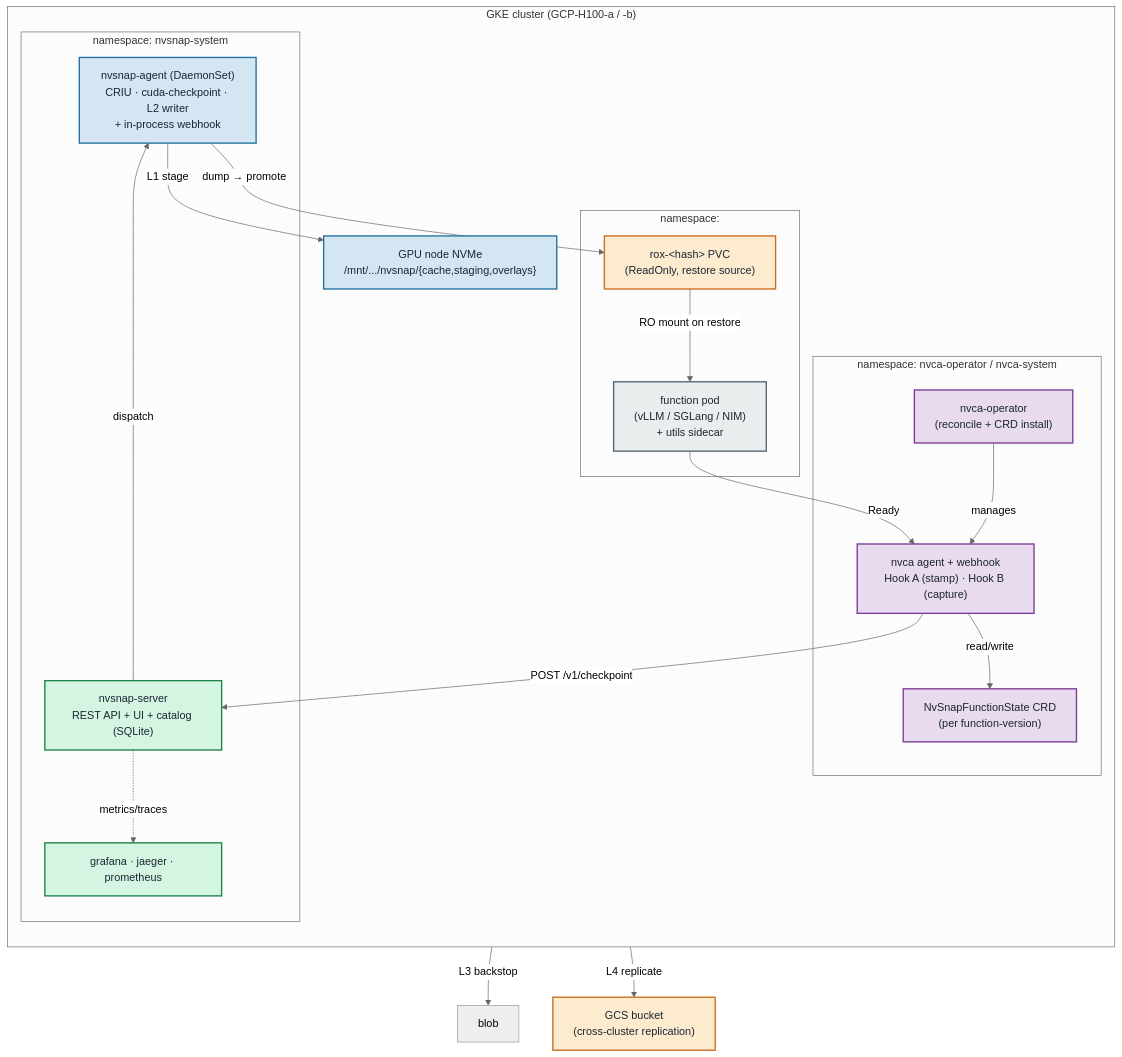
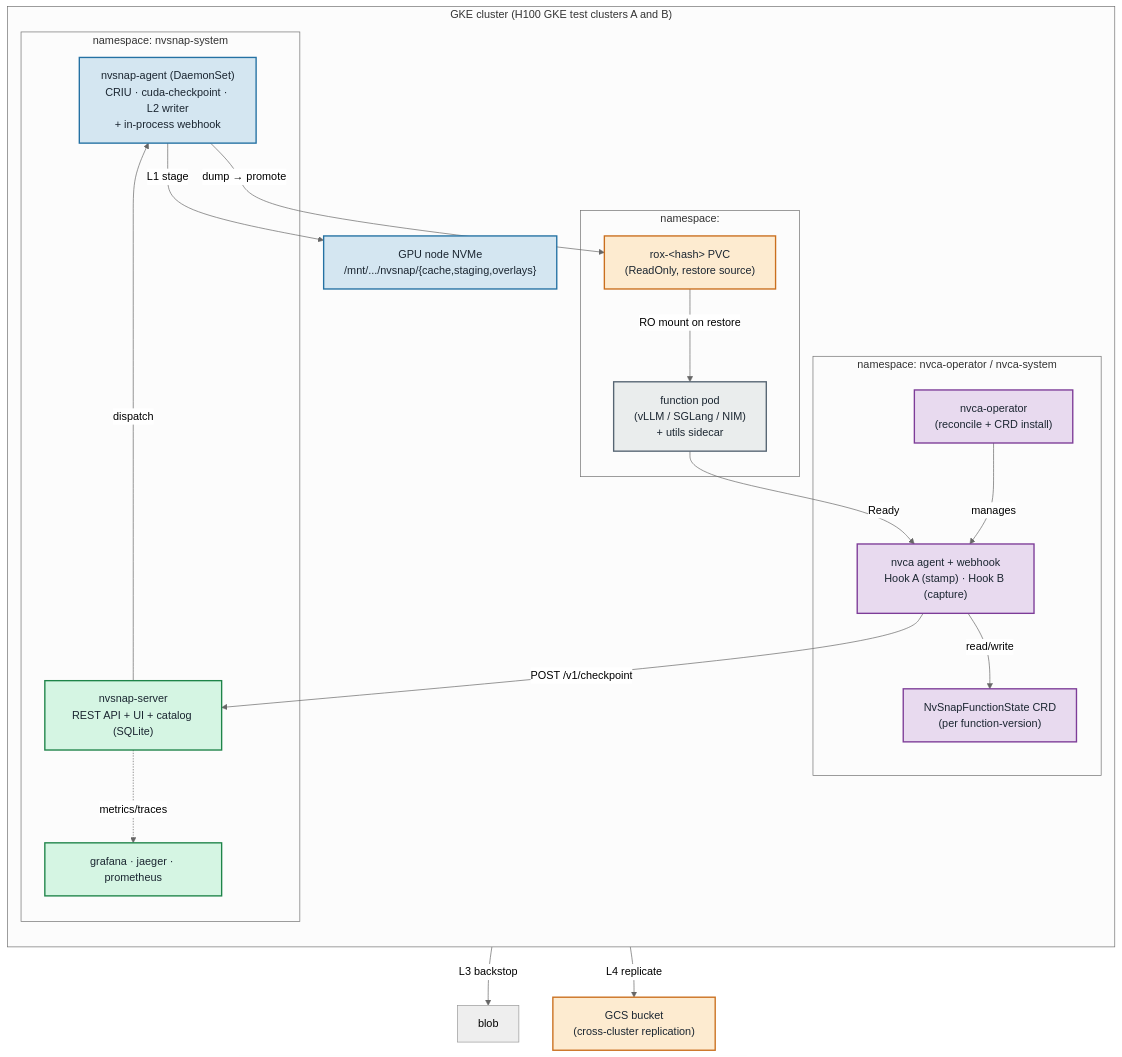
Before and after one commit to NVIDIA/nvcf: the first of 6 diagrams in src/compute-plane-services/nvsnap/docs/architecture/NVSNAP-ARCHITECTURE.md, drawn with Mermaid (neutral theme). The commit also changed other lines of this file and 18 other files, not shown here.

````diff
--- a/src/compute-plane-services/nvsnap/docs/architecture/NVSNAP-ARCHITECTURE.md
+++ b/src/compute-plane-services/nvsnap/docs/architecture/NVSNAP-ARCHITECTURE.md
@@ -35,40 +35,40 @@
 ```mermaid
 flowchart TB
-    subgraph cluster["GKE cluster (GCP-H100-a / -b)"]
+    subgraph cluster["GKE cluster (H100 GKE test clusters A and B)"]
         direction TB
         subgraph wl["namespace: <your workload namespace>"]
             fpod["function pod<br/>(vLLM / SGLang / NIM)<br/>+ utils sidecar"]:::ext
             rox["rox-&lt;hash&gt; PVC<br/>(ReadOnly, restore source)"]:::store
         end
         subgraph nvca["namespace: nvca-operator / nvca-system"]
             op["nvca-operator<br/>(reconcile + CRD install)"]:::nvca
             agentw["nvca agent + webhook<br/>Hook A (stamp) · Hook B (capture)"]:::nvca
             cfs["NvSnapFunctionState CRD<br/>(per function-version)"]:::nvca
         end
         subgraph sys["namespace: nvsnap-system"]
             ds["nvsnap-agent (DaemonSet)<br/>CRIU · cuda-checkpoint · L2 writer<br/>+ in-process webhook"]:::agent
             srv["nvsnap-server<br/>REST API + UI + catalog (SQLite)"]:::cp
             obs["grafana · jaeger · prometheus"]:::cp
         end
         node["GPU node NVMe<br/>/mnt/.../nvsnap/{cache,staging,overlays}"]:::agent
     end
     gcs["GCS bucket<br/>(cross-cluster replication)"]:::store
 
     fpod -- "Ready" --> agentw
     agentw -- "POST /v1/checkpoint" --> srv
     srv -- "dispatch" --> ds
     ds -- "dump → promote" --> rox
     ds -- "L1 stage" --> node
     ds -- "L3 backstop" --> blob
     ds -- "L4 replicate" --> gcs
     agentw -- "read/write" --> cfs
     op -- "manages" --> agentw
     rox -- "RO mount on restore" --> fpod
     srv -. "metrics/traces" .-> obs
 
     classDef agent fill:#d4e6f1,stroke:#2471a3,stroke-width:2px,color:#1b2631;
     classDef cp    fill:#d5f5e3,stroke:#1e8449,stroke-width:2px,color:#1b2631;
     classDef store fill:#fdebd0,stroke:#ca6f1e,stroke-width:2px,color:#1b2631;
     classDef nvca  fill:#e8daef,stroke:#7d3c98,stroke-width:2px,color:#1b2631;
     classDef ext   fill:#eaeded,stroke:#566573,stroke-width:2px,color:#1b2631;
 ```
````
